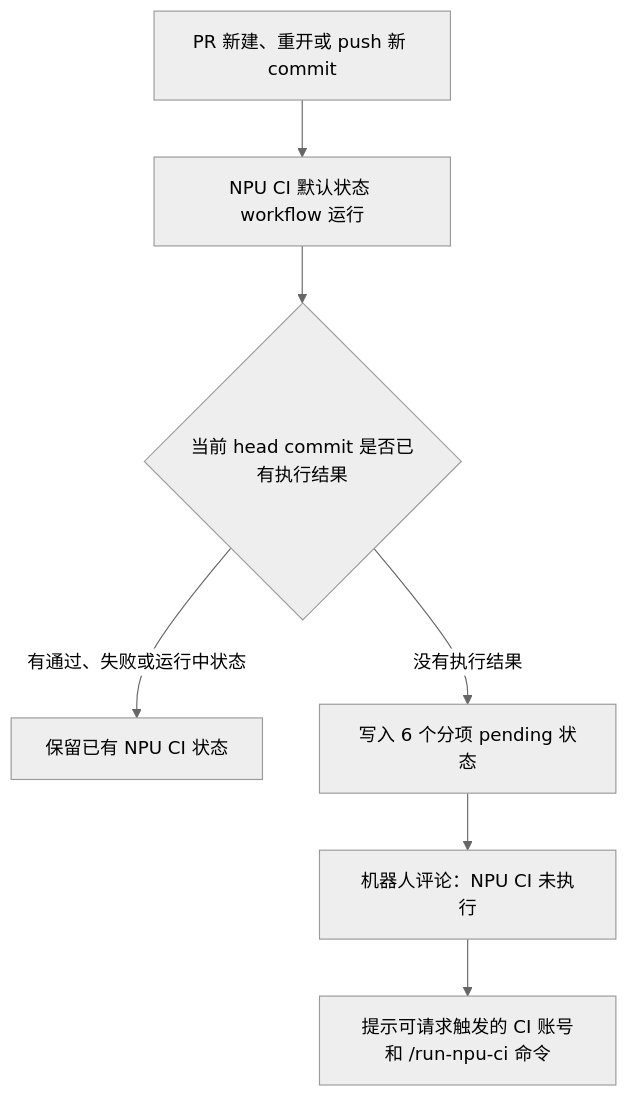
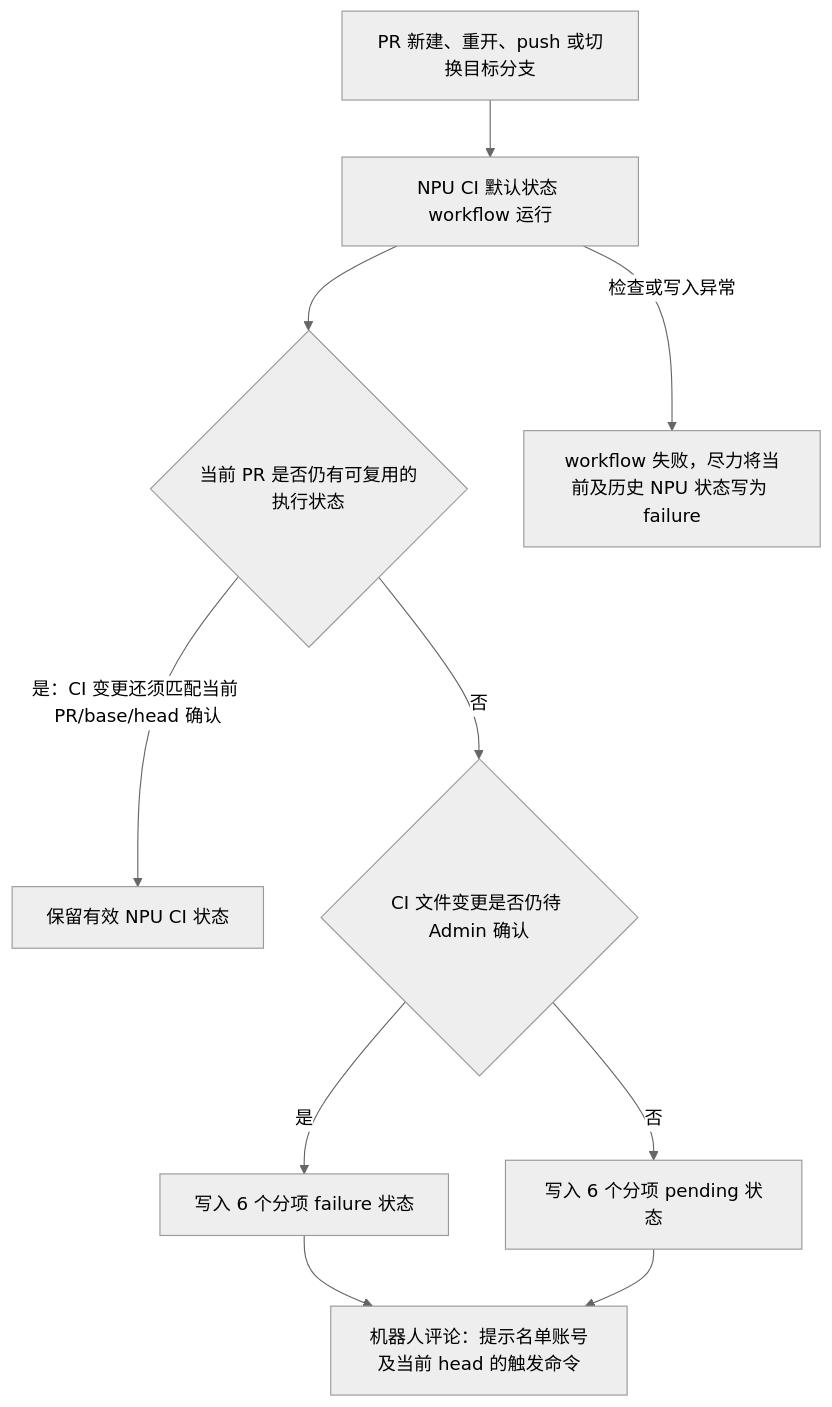
Before and after one commit to flashserve/flash-linear-attention-npu: the first of 4 diagrams in docs/Fla-npu仓CI部署教程.md, drawn with Mermaid (neutral theme). The commit also changed other lines of this file and 11 other files, not shown here.

````diff
--- a/docs/Fla-npu仓CI部署教程.md
+++ b/docs/Fla-npu仓CI部署教程.md
@@ -84,9 +84,12 @@
 ```mermaid
 flowchart TD
-    A["PR 新建、重开或 push 新 commit"] --> B["NPU CI 默认状态 workflow 运行"]
-    B --> C{"当前 head commit 是否已有执行结果"}
-    C -- "有通过、失败或运行中状态" --> D["保留已有 NPU CI 状态"]
-    C -- "没有执行结果" --> E["写入 6 个分项 pending 状态"]
-    E --> F["机器人评论：NPU CI 未执行"]
-    F --> G["提示可请求触发的 CI 账号和 /run-npu-ci 命令"]
+    A["PR 新建、重开、push 或切换目标分支"] --> B["NPU CI 默认状态 workflow 运行"]
+    B --> C{"当前 PR 是否仍有可复用的执行状态"}
+    C -- "是：CI 变更还须匹配当前 PR/base/head 确认" --> D["保留有效 NPU CI 状态"]
+    C -- "否" --> E{"CI 文件变更是否仍待 Admin 确认"}
+    E -- "是" --> F["写入 6 个分项 failure 状态"]
+    E -- "否" --> G["写入 6 个分项 pending 状态"]
+    F --> H["机器人评论：提示名单账号及当前 head 的触发命令"]
+    G --> H
+    B -- "检查或写入异常" --> I["workflow 失败，尽力将当前及历史 NPU 状态写为 failure"]
 ```
````
